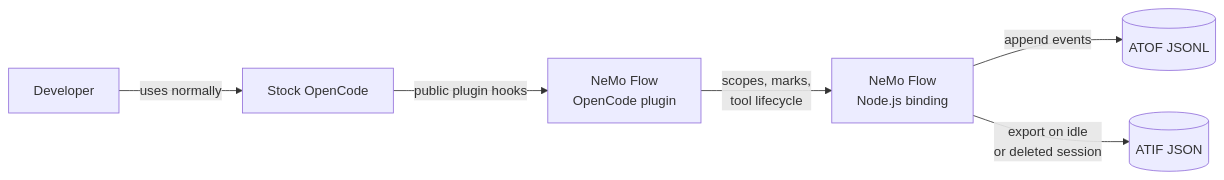
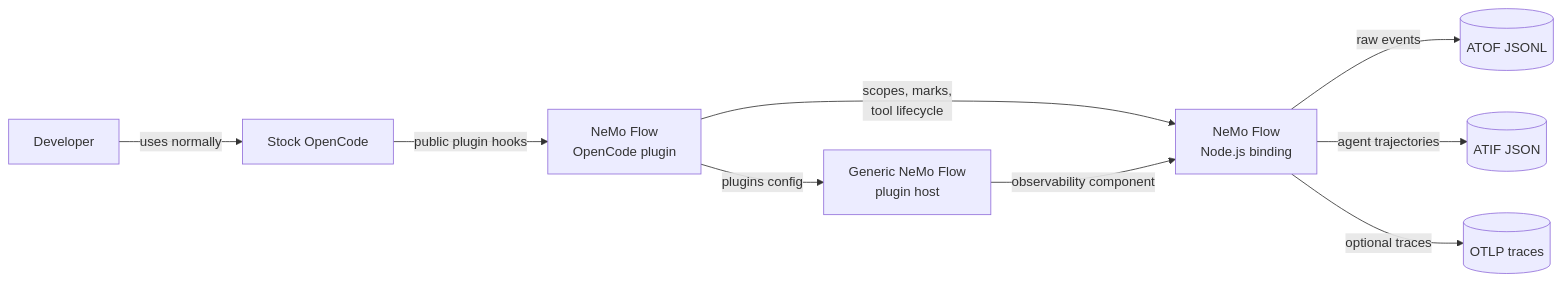
One commit to NVIDIA/NeMo-Relay changed the first of 2 diagrams in docs/integrate-frameworks/opencode.md. Above: the diagram before and after it, drawn with Mermaid. The commit also changed other lines of this file and 9 other files, not shown here.

Commit message:
opencode observability plugin refactor

````diff
--- a/docs/integrate-frameworks/opencode.md
+++ b/docs/integrate-frameworks/opencode.md
@@ -22,22 +27,29 @@
 ```{mermaid}
 flowchart LR
     User[Developer]
     OpenCode[Stock OpenCode]
     Plugin[NeMo Flow<br/>OpenCode plugin]
     Runtime[NeMo Flow<br/>Node.js binding]
+    Host[Generic NeMo Flow<br/>plugin host]
     ATOF[(ATOF JSONL)]
     ATIF[(ATIF JSON)]
+    OTLP[(OTLP traces)]
 
     User -->|uses normally| OpenCode
     OpenCode -->|public plugin hooks| Plugin
     Plugin -->|scopes, marks,<br/>tool lifecycle| Runtime
-    Runtime -->|append events| ATOF
-    Runtime -->|export on idle<br/>or deleted session| ATIF
+    Plugin -->|plugins config| Host
+    Host -->|observability component| Runtime
+    Runtime -->|raw events| ATOF
+    Runtime -->|agent trajectories| ATIF
+    Runtime -->|optional traces| OTLP
 
     class User blue-lightest;
     class OpenCode green-lightest;
     class Plugin purple-lightest;
+    class Host purple-light;
     class Runtime green-light;
     class ATOF yellow-lightest;
     class ATIF yellow-lightest;
+    class OTLP yellow-lightest;
 ```
````
